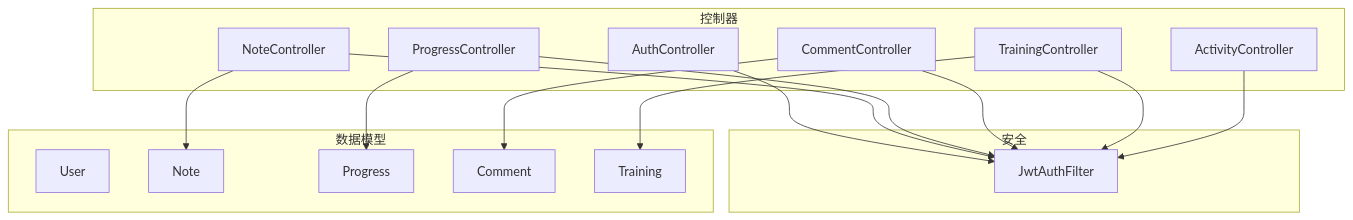
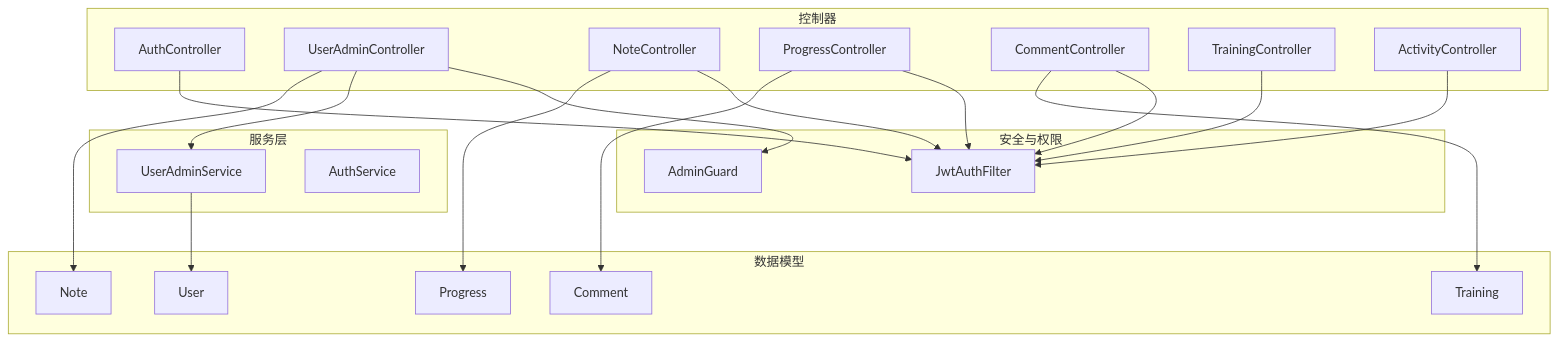
The first of 4 diagrams in .qoder/repowiki/zh/content/后端API文档/用户管理API.md (huangman881112/aiforip), drawn with Mermaid before and after one commit. The commit also changed other lines of this file and 98 other files, not shown here.

````diff
--- a/.qoder/repowiki/zh/content/后端API文档/用户管理API.md
+++ b/.qoder/repowiki/zh/content/后端API文档/用户管理API.md
@@ -43,31 +53,40 @@
 ```mermaid
 graph TB
 subgraph "控制器"
 A["AuthController"]
-B["NoteController"]
-C["ProgressController"]
-D["CommentController"]
-E["TrainingController"]
-F["ActivityController"]
+B["UserAdminController"]
+C["NoteController"]
+D["ProgressController"]
+E["CommentController"]
+F["TrainingController"]
+G["ActivityController"]
 end
-subgraph "安全"
+subgraph "安全与权限"
 S["JwtAuthFilter"]
+H["AdminGuard"]
+end
+subgraph "服务层"
+I["UserAdminService"]
+J["AuthService"]
 end
 subgraph "数据模型"
 U["User"]
 N["Note"]
 P["Progress"]
 M["Comment"]
 T["Training"]
 end
 A --> S
-B --> S
+B --> H
 C --> S
 D --> S
 E --> S
 F --> S
+G --> S
+B --> I
+I --> U
 B --> N
 C --> P
 D --> M
 E --> T
 ```
````
